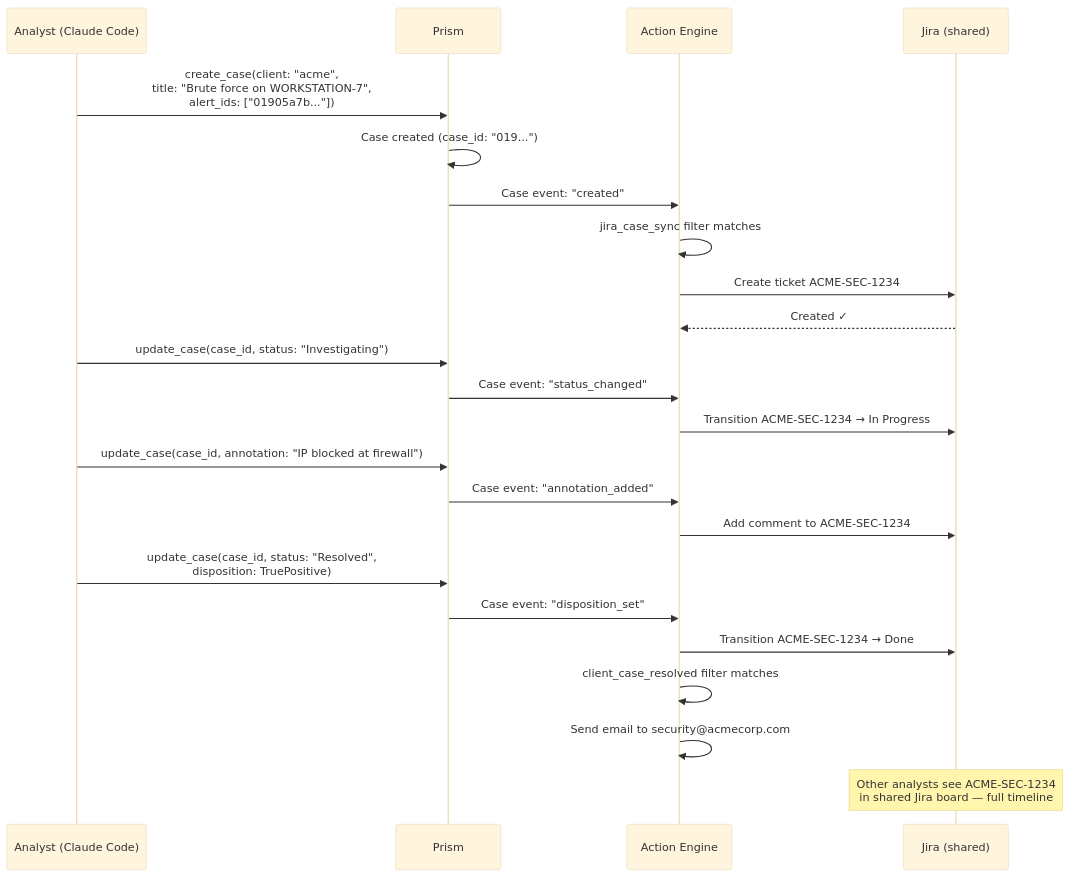
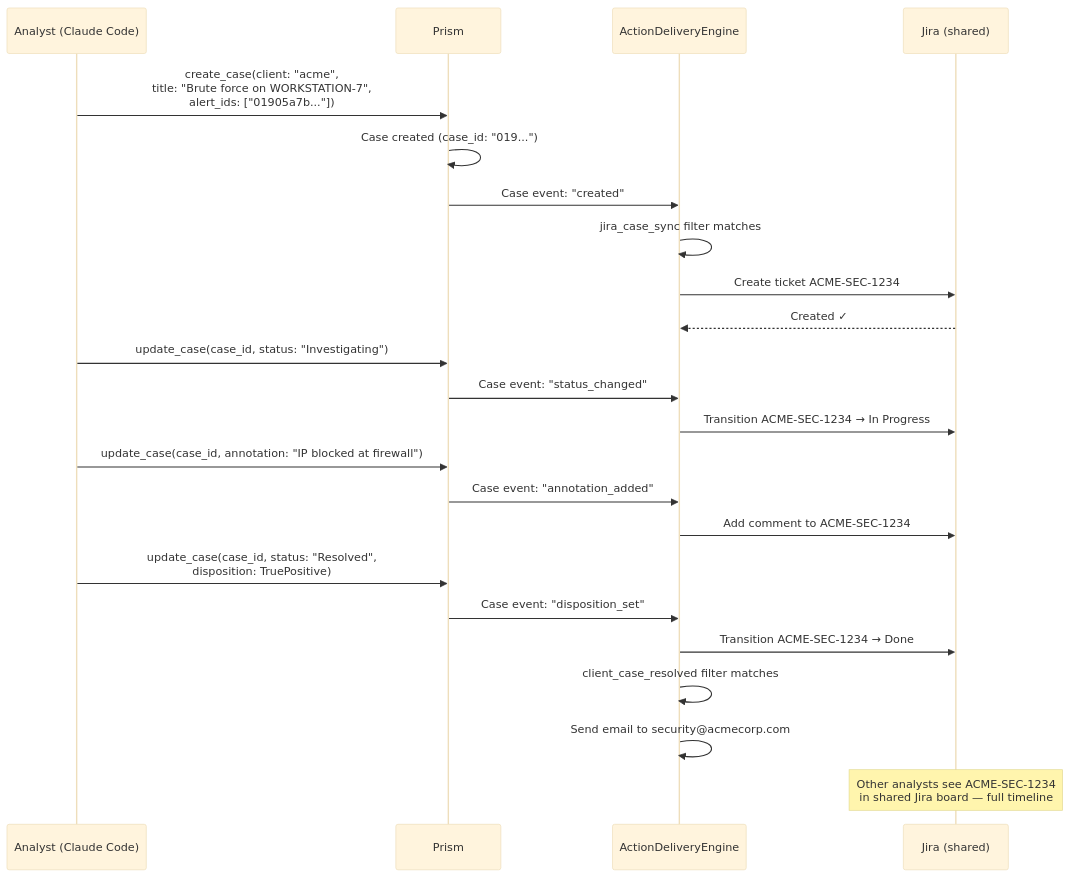
Before and after one commit to drbothen/prism: the third of 3 diagrams in specs/architecture/actions.md, drawn with Mermaid (base theme). The commit also changed other lines of this file and 8 other files, not shown here.

````diff
--- a/specs/architecture/actions.md
+++ b/specs/architecture/actions.md
@@ -432,30 +432,30 @@
 ```mermaid
 sequenceDiagram
     participant AI as Analyst (Claude Code)
     participant P as Prism
-    participant ACT as Action Engine
+    participant ACT as ActionDeliveryEngine
     participant JIRA as Jira (shared)
 
     AI->>P: create_case(client: "acme",<br/>title: "Brute force on WORKSTATION-7",<br/>alert_ids: ["01905a7b..."])
     P->>P: Case created (case_id: "019...")
     P->>ACT: Case event: "created"
     ACT->>ACT: jira_case_sync filter matches
     ACT->>JIRA: Create ticket ACME-SEC-1234
     JIRA-->>ACT: Created ✓
 
     AI->>P: update_case(case_id, status: "Investigating")
     P->>ACT: Case event: "status_changed"
     ACT->>JIRA: Transition ACME-SEC-1234 → In Progress
 
     AI->>P: update_case(case_id, annotation: "IP blocked at firewall")
     P->>ACT: Case event: "annotation_added"
     ACT->>JIRA: Add comment to ACME-SEC-1234
 
     AI->>P: update_case(case_id, status: "Resolved",<br/>disposition: TruePositive)
     P->>ACT: Case event: "disposition_set"
     ACT->>JIRA: Transition ACME-SEC-1234 → Done
     ACT->>ACT: client_case_resolved filter matches
     ACT->>ACT: Send email to security@acmecorp.com
 
     Note over JIRA: Other analysts see ACME-SEC-1234<br/>in shared Jira board — full timeline
 ```
````
